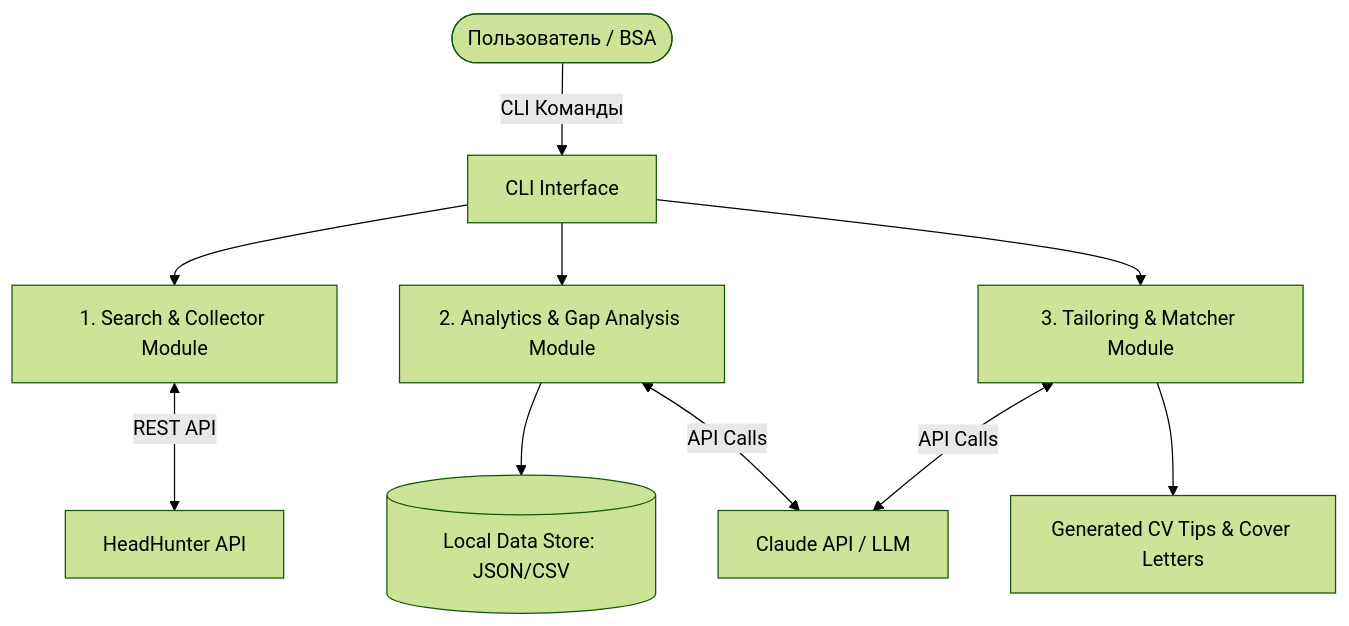
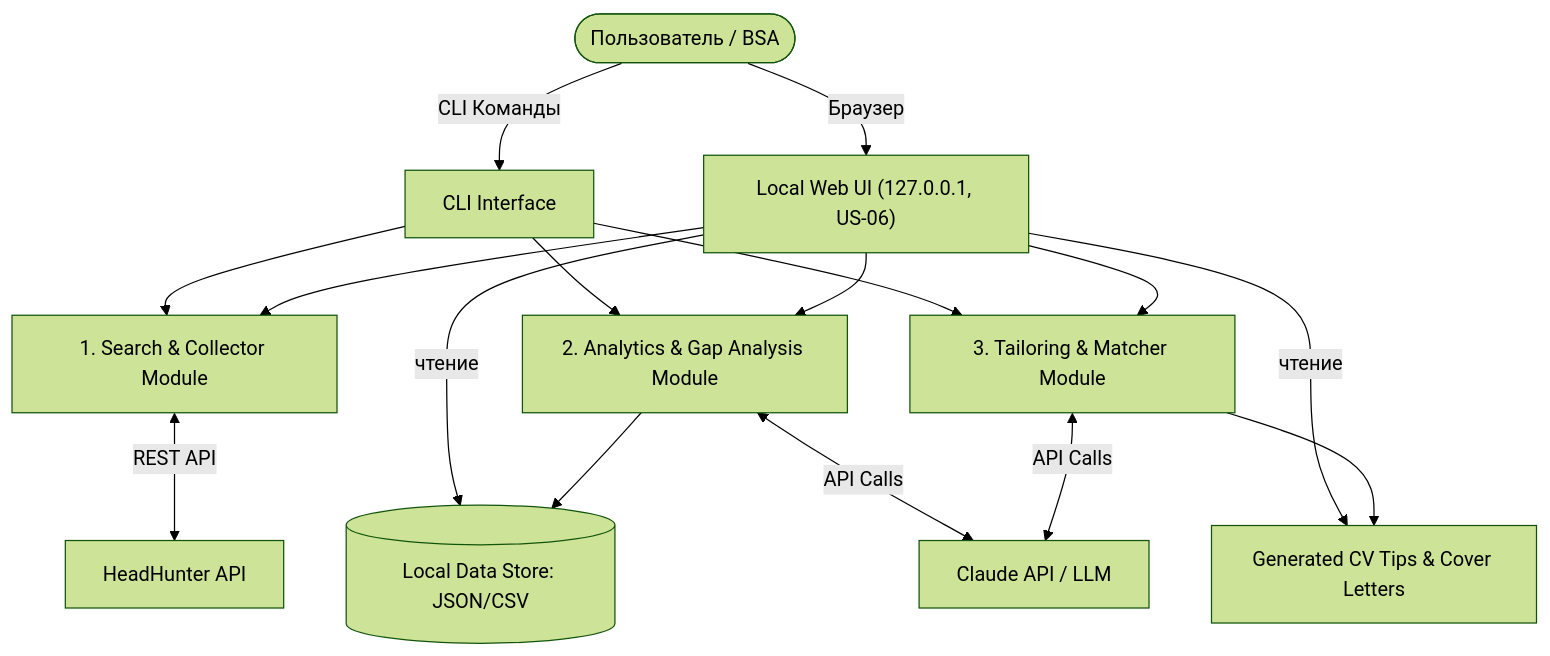
One commit to skvitby/job-market-analyzer changed the diagram in requirements.md. Above: the diagram before and after it, drawn with Mermaid (forest theme). The commit also changed other lines of this file, not shown here.

First line of the commit message:
requirements: add US-06 local web UI; align AC 1.4, NFR-3, architecture, structure, CLI

````diff
--- a/requirements.md
+++ b/requirements.md
@@ -25,13 +25,19 @@
 ```mermaid
 flowchart TD
     User([Пользователь / BSA]) -->|CLI Команды| CLI[CLI Interface]
+    User -->|Браузер| Web["Local Web UI (127.0.0.1, US-06)"]
     CLI --> Module1[1. Search & Collector Module]
     CLI --> Module2[2. Analytics & Gap Analysis Module]
     CLI --> Module3[3. Tailoring & Matcher Module]
+    Web --> Module1
+    Web --> Module2
+    Web --> Module3
+    Web -->|чтение| LocalData
+    Web -->|чтение| Reports
     
     Module1 <-->|REST API| HH[HeadHunter API]
     Module2 --> LocalData[(Local Data Store: JSON/CSV)]
     Module2 <-->|API Calls| Claude[Claude API / LLM]
     Module3 <-->|API Calls| Claude
     Module3 --> Reports[Generated CV Tips & Cover Letters]
 ```
````
